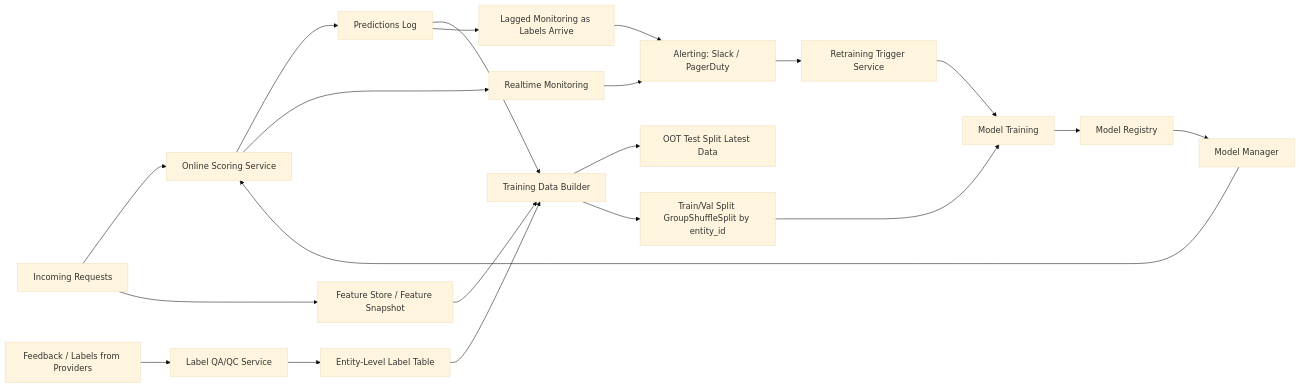
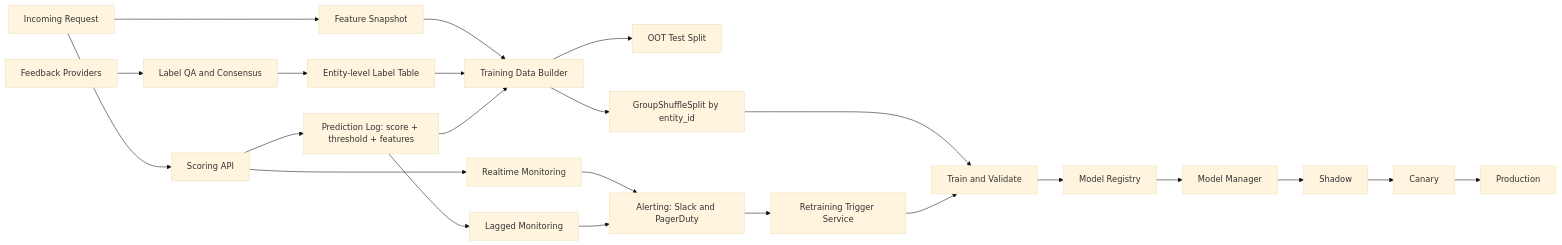
Before and after one commit to ranasac/closed-loop-model-retraining: the first of 4 diagrams in design-document.md, drawn with Mermaid (base theme). The commit also changed other lines of this file and 1 other file, not shown here.

````diff
--- a/design-document.md
+++ b/design-document.md
@@ -94,28 +56,30 @@
 ```mermaid
 flowchart LR
-    A[Incoming Requests] --> B[Online Scoring Service]
-    B --> C[Predictions Log]
-    A --> D[Feature Store / Feature Snapshot]
+    A[Incoming Request] --> B[Scoring API]
+    A --> C[Feature Snapshot]
+    B --> D[Prediction Log: score + threshold + features]
 
-    E[Feedback / Labels from Providers] --> F[Label QA/QC Service]
-    F --> G[Entity-Level Label Table]
+    E[Feedback Providers] --> F[Label QA and Consensus]
+    F --> G[Entity-level Label Table]
 
     C --> H[Training Data Builder]
+    G --> H
     D --> H
-    G --> H
 
-    H --> I[OOT Test Split Latest Data]
-    H --> J[Train/Val Split GroupShuffleSplit by entity_id]
-
-    J --> K[Model Training]
+    H --> I[OOT Test Split]
+    H --> J[GroupShuffleSplit by entity_id]
+    J --> K[Train and Validate]
     K --> L[Model Registry]
     L --> M[Model Manager]
-    M --> B
 
-    B --> N[Realtime Monitoring]
-    C --> O[Lagged Monitoring as Labels Arrive]
-    N --> P[Alerting: Slack / PagerDuty]
-    O --> P
-    P --> Q[Retraining Trigger Service]
-    Q --> K
+    M --> N[Shadow]
+    N --> O[Canary]
+    O --> P[Production]
+
+    B --> Q[Realtime Monitoring]
+    D --> R[Lagged Monitoring]
+    Q --> S[Alerting: Slack and PagerDuty]
+    R --> S
+    S --> T[Retraining Trigger Service]
+    T --> K
 ```
````
